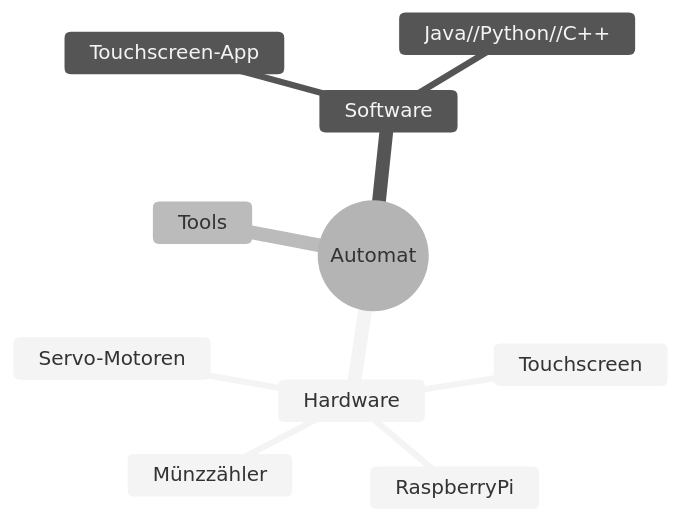
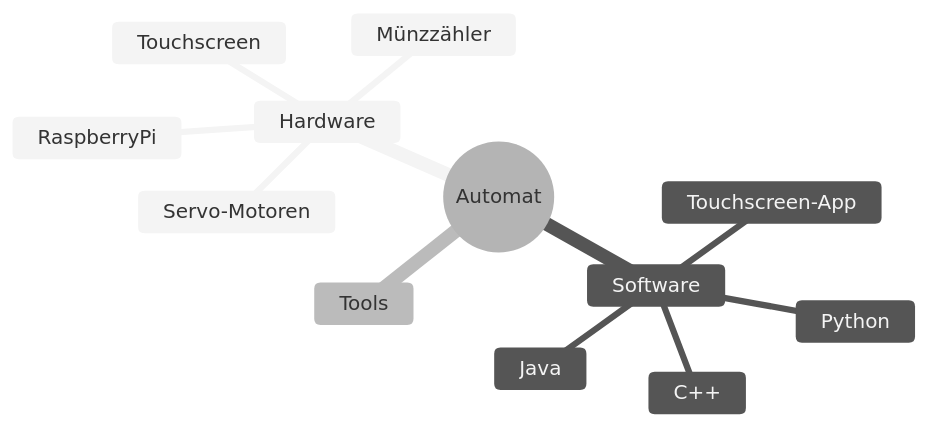
Before and after one commit to Darabrob/Projekt_Automat: the diagram in README.md, drawn with Mermaid (neutral theme).

````diff
--- a/README.md
+++ b/README.md
@@ -3,15 +3,17 @@
 ```mermaid
 mindmap
   root((Automat))
     Hardware
       RaspberryPi
       Touchscreen
       Münzzähler
       Servo-Motoren
     Software
       Touchscreen-App
-      Java//Python//C++
+      Java
+      Python
+      C++
       
     Tools
 
 ```
````
